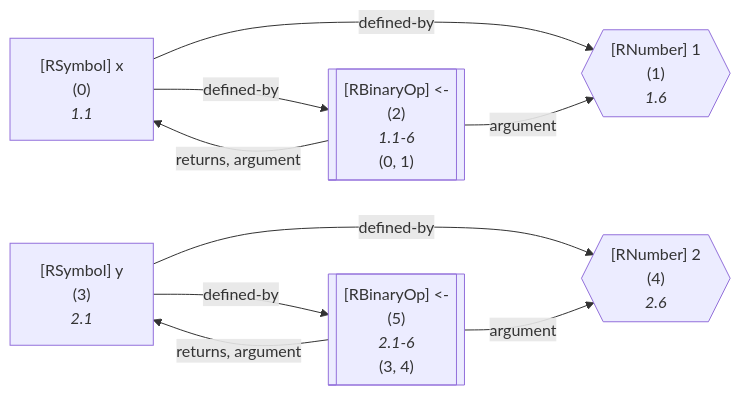
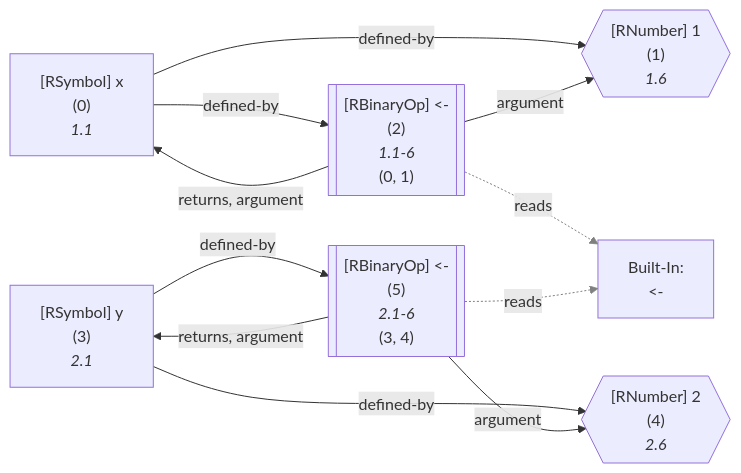
Before and after one commit to flowr-analysis/flowr: the third of 9 diagrams in wiki/Query API.md, drawn with Mermaid. The commit also changed other lines of this file and 6 other files, not shown here.

````diff
--- a/wiki/Query API.md
+++ b/wiki/Query API.md
@@ -1732,31 +1802,37 @@
 ```mermaid
 flowchart LR
     1{{"`#91;RNumber#93; 1
       (1)
       *1.6*`"}}
     0["`#91;RSymbol#93; x
       (0)
       *1.1*`"]
     2[["`#91;RBinaryOp#93; #60;#45;
       (2)
       *1.1-6*
     (0, 1)`"]]
+    built-in:_-["`Built-In:
+#60;#45;`"]
     4{{"`#91;RNumber#93; 2
       (4)
       *2.6*`"}}
     3["`#91;RSymbol#93; y
       (3)
       *2.1*`"]
     5[["`#91;RBinaryOp#93; #60;#45;
       (5)
       *2.1-6*
     (3, 4)`"]]
     0 -->|"defined-by"| 1
     0 -->|"defined-by"| 2
     2 -->|"argument"| 1
     2 -->|"returns, argument"| 0
+    2 -.->|"reads"| built-in:_-
+    linkStyle 4 stroke:gray;
     3 -->|"defined-by"| 4
     3 -->|"defined-by"| 5
     5 -->|"argument"| 4
     5 -->|"returns, argument"| 3
+    5 -.->|"reads"| built-in:_-
+    linkStyle 9 stroke:gray;
 ```
````
